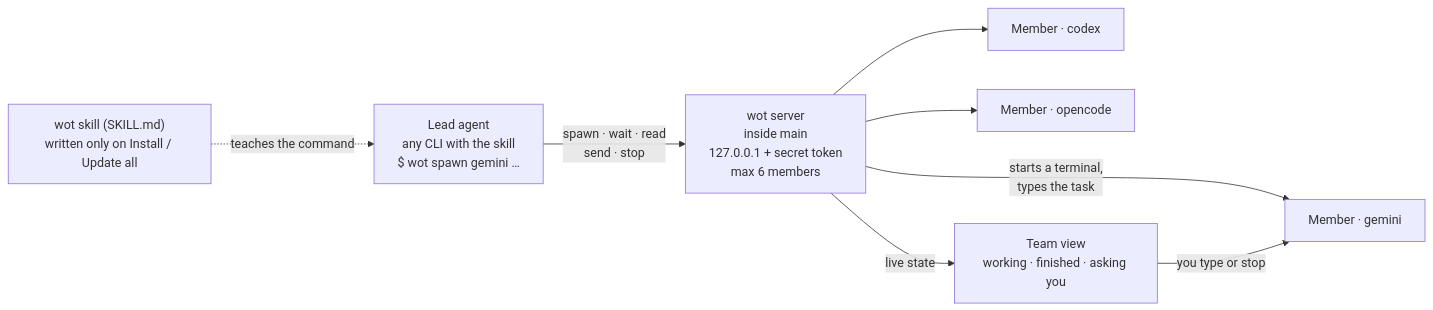
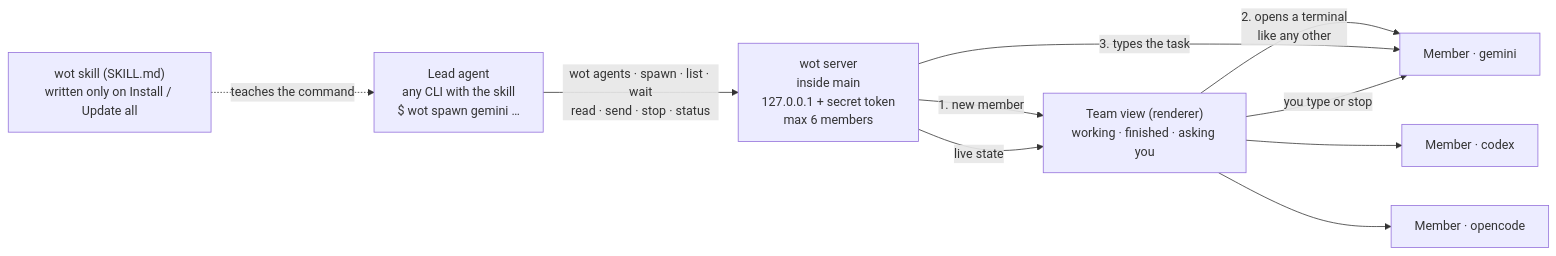
One commit to Lio3307/O-Bros changed the fifth of 9 diagrams in docs/ARCHITECTURE.md. Above: the diagram before and after it, drawn with Mermaid. The commit also changed other lines of this file, not shown here.

First line of the commit message:
Explain the architecture with diagrams

````diff
--- a/docs/ARCHITECTURE.md
+++ b/docs/ARCHITECTURE.md
@@ -109,16 +134,18 @@
 ```mermaid
 flowchart LR
     Skill["wot skill (SKILL.md)<br/>written only on Install / Update all"] -. "teaches the command" .-> Lead
 
     Lead["Lead agent<br/>any CLI with the skill<br/>$ wot spawn gemini …"]
     Server["wot server<br/>inside main<br/>127.0.0.1 + secret token<br/>max 6 members"]
 
-    Lead -- "spawn · wait · read<br/>send · stop" --> Server
+    Lead -- "wot agents · spawn · list · wait<br/>read · send · stop · status" --> Server
 
-    Server -- "starts a terminal,<br/>types the task" --> M1["Member · gemini"]
-    Server --> M2["Member · codex"]
-    Server --> M3["Member · opencode"]
+    Server -- "1. new member" --> Team["Team view (renderer)<br/>working · finished · asking you"]
+    Team -- "2. opens a terminal<br/>like any other" --> M1["Member · gemini"]
+    Team --> M2["Member · codex"]
+    Team --> M3["Member · opencode"]
+    Server -- "3. types the task" --> M1
 
-    Server -- "live state" --> Team["Team view<br/>working · finished · asking you"]
+    Server -- "live state" --> Team
     Team -- "you type or stop" --> M1
 ```
````
